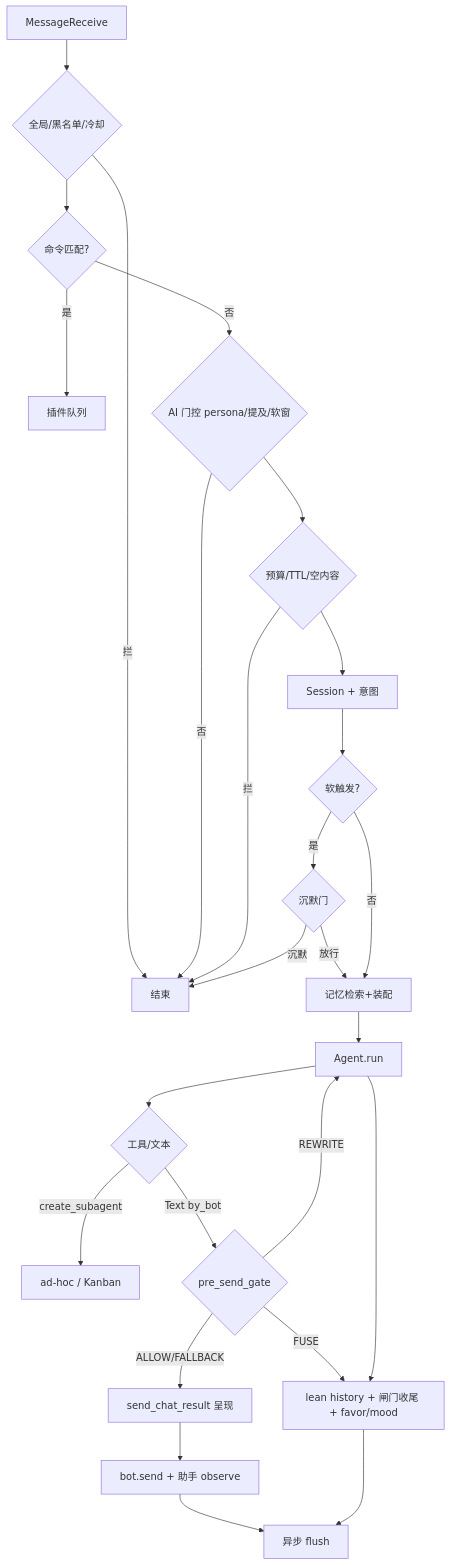
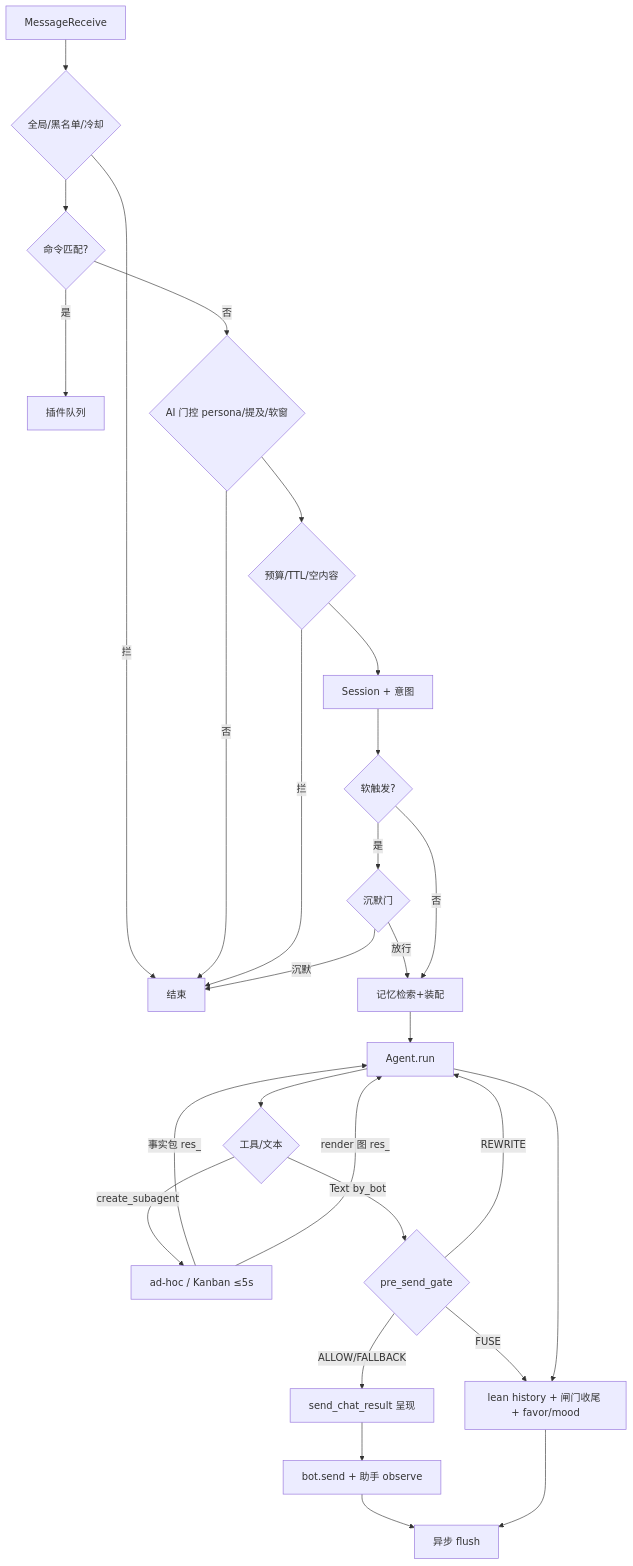
Before and after one commit to Genshin-bots/gsuid_core: the tenth of 10 diagrams in docs/AI_AGENT_LIFECYCLE_SEQUENCE.md, drawn with Mermaid. The commit also changed other lines of this file and 34 other files, not shown here.

````diff
--- a/docs/AI_AGENT_LIFECYCLE_SEQUENCE.md
+++ b/docs/AI_AGENT_LIFECYCLE_SEQUENCE.md
@@ -652,28 +675,30 @@
 ```mermaid
 flowchart TD
     A[MessageReceive] --> B{全局/黑名单/冷却}
     B -->|拦| Z[结束]
     B --> C{命令匹配?}
     C -->|是| P[插件队列]
     C -->|否| D{AI 门控 persona/提及/软窗}
     D -->|否| Z
     D --> E{预算/TTL/空内容}
     E -->|拦| Z
     E --> F[Session + 意图]
     F --> G{软触发?}
     G -->|是| H{沉默门}
     H -->|沉默| Z
     H -->|放行| I[记忆检索+装配]
     G -->|否| I
     I --> J[Agent.run]
     J --> K{工具/文本}
-    K -->|create_subagent| L[ad-hoc / Kanban]
+    K -->|create_subagent| L[ad-hoc / Kanban ≤5s]
+    L -->|事实包 res_| J
+    L -->|render 图 res_| J
     K -->|Text by_bot| G0{pre_send_gate}
     G0 -->|ALLOW/FALLBACK| M[send_chat_result 呈现]
     G0 -->|REWRITE| J
     G0 -->|FUSE| O
     M --> N[bot.send + 助手 observe]
     J --> O[lean history + 闸门收尾 + favor/mood]
     N --> Q[异步 flush]
     O --> Q
 ```
````
